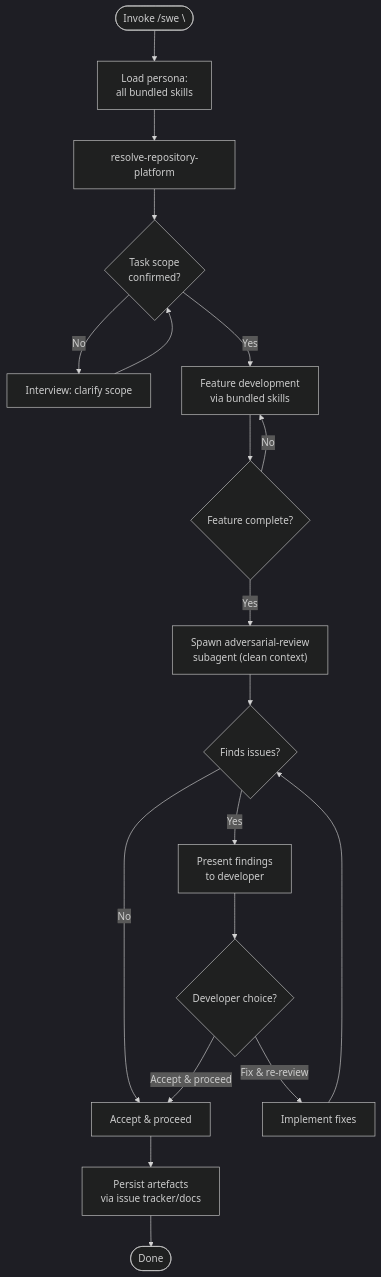
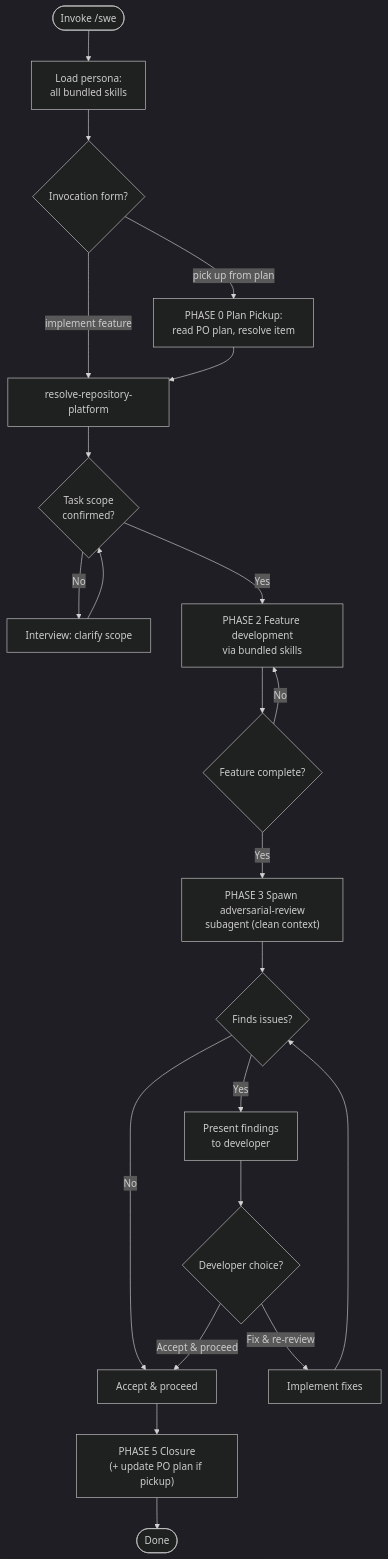
The diagram in skills/swe/SKILL.md (MegaByteMark/skills-to-pay-the-ai-bills), drawn with Mermaid (dark theme) before and after one commit. The commit also changed other lines of this file and 1 other file, not shown here.

First line of the commit message:
feat(swe): PHASE 0 plan pickup + PHASE 5 plan update closure

````diff
--- a/skills/swe/SKILL.md
+++ b/skills/swe/SKILL.md
@@ -24,21 +25,24 @@
 ```mermaid
 flowchart TD
-    START(["Invoke /swe \<context\>"]) --> LOAD["Load persona:<br>all bundled skills"]
-    LOAD --> PLATFORM["resolve-repository-platform"]
+    START(["Invoke /swe <context>"]) --> LOAD["Load persona:<br>all bundled skills"]
+    LOAD --> INVO{Invocation form?}
+    INVO -->|implement feature| PLATFORM["resolve-repository-platform"]
+    INVO -->|pick up from plan| PICKUP["PHASE 0 Plan Pickup:<br>read PO plan, resolve item"]
+    PICKUP --> PLATFORM
     PLATFORM --> TASK{Task scope<br>confirmed?}
     TASK -->|No| CLARIFY["Interview: clarify scope"]
     CLARIFY --> TASK
-    TASK -->|Yes| DEVELOP["Feature development<br>via bundled skills"]
+    TASK -->|Yes| DEVELOP["PHASE 2 Feature development<br>via bundled skills"]
     DEVELOP --> COMPLETE{Feature complete?}
     COMPLETE -->|No| DEVELOP
-    COMPLETE -->|Yes| SPAWN_REVIEW["Spawn adversarial-review<br>subagent (clean context)"]
+    COMPLETE -->|Yes| SPAWN_REVIEW["PHASE 3 Spawn adversarial-review<br>subagent (clean context)"]
     SPAWN_REVIEW --> FINDINGS{Finds issues?}
     FINDINGS -->|No| ACCEPT["Accept & proceed"]
-    ACCEPT --> PERSIST["Persist artefacts<br>via issue tracker/docs"]
-    PERSIST --> DONE(["Done"])
     FINDINGS -->|Yes| PRESENT["Present findings<br>to developer"]
     PRESENT --> DECIDE{Developer choice?}
     DECIDE -->|Fix & re-review| FIX["Implement fixes"]
     FIX --> FINDINGS
     DECIDE -->|Accept & proceed| ACCEPT
+    ACCEPT --> CLOSE["PHASE 5 Closure<br>(+ update PO plan if pickup)"]
+    CLOSE --> DONE(["Done"])
 ```
````
